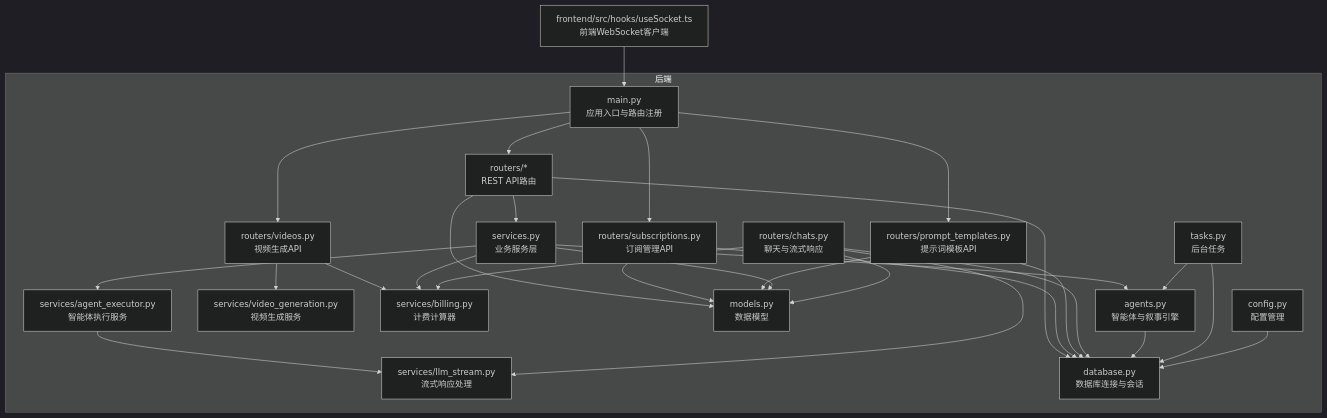
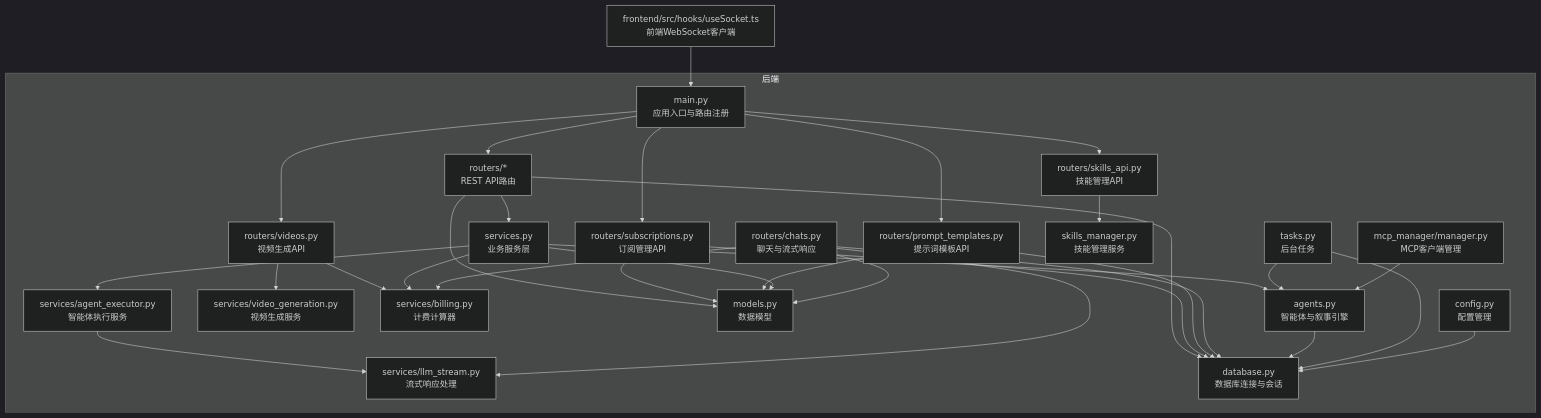
The first of 22 diagrams in .qoder/repowiki/zh/content/后端开发指南/API路由系统/智能体管理API.md (KunLabAI/KunFlix), drawn with Mermaid (dark theme) before and after one commit. The commit also changed other lines of this file and 43 other files, not shown here.

````diff
--- a/.qoder/repowiki/zh/content/后端开发指南/API路由系统/智能体管理API.md
+++ b/.qoder/repowiki/zh/content/后端开发指南/API路由系统/智能体管理API.md
@@ -69,49 +80,55 @@
 ```mermaid
 graph TB
 subgraph "后端"
 MAIN["main.py<br/>应用入口与路由注册"]
 ROUTERS["routers/*<br/>REST API路由"]
 SUBSCRIPTIONS["routers/subscriptions.py<br/>订阅管理API"]
 PROMPT_TEMPLATES["routers/prompt_templates.py<br/>提示词模板API"]
 VIDEOS["routers/videos.py<br/>视频生成API"]
+SKILLS_API["routers/skills_api.py<br/>技能管理API"]
 SERVICES["services.py<br/>业务服务层"]
 AGENT_EXECUTOR["services/agent_executor.py<br/>智能体执行服务"]
 VIDEO_GEN["services/video_generation.py<br/>视频生成服务"]
 BILLING["services/billing.py<br/>计费计算器"]
 LLM_STREAM["services/llm_stream.py<br/>流式响应处理"]
 MODELS["models.py<br/>数据模型"]
 AGENTS["agents.py<br/>智能体与叙事引擎"]
 CHATS["routers/chats.py<br/>聊天与流式响应"]
 DB["database.py<br/>数据库连接与会话"]
 CONFIG["config.py<br/>配置管理"]
 TASKS["tasks.py<br/>后台任务"]
+SKILLS_MANAGER["skills_manager.py<br/>技能管理服务"]
+MCP_MANAGER["mcp_manager/manager.py<br/>MCP客户端管理"]
 end
 FRONT["frontend/src/hooks/useSocket.ts<br/>前端WebSocket客户端"]
 FRONT --> MAIN
 MAIN --> ROUTERS
 MAIN --> SUBSCRIPTIONS
 MAIN --> PROMPT_TEMPLATES
 MAIN --> VIDEOS
+MAIN --> SKILLS_API
 ROUTERS --> SERVICES
 ROUTERS --> MODELS
 ROUTERS --> DB
 SUBSCRIPTIONS --> MODELS
 SUBSCRIPTIONS --> DB
 PROMPT_TEMPLATES --> MODELS
 PROMPT_TEMPLATES --> DB
 VIDEOS --> VIDEO_GEN
 VIDEOS --> BILLING
+SKILLS_API --> SKILLS_MANAGER
 SERVICES --> MODELS
 SERVICES --> AGENTS
 SERVICES --> BILLING
 SERVICES --> AGENT_EXECUTOR
 AGENT_EXECUTOR --> LLM_STREAM
 CHATS --> MODELS
 CHATS --> DB
 CHATS --> BILLING
 CHATS --> LLM_STREAM
 AGENTS --> DB
 TASKS --> AGENTS
 TASKS --> DB
 CONFIG --> DB
+MCP_MANAGER --> AGENTS
 ```
````
